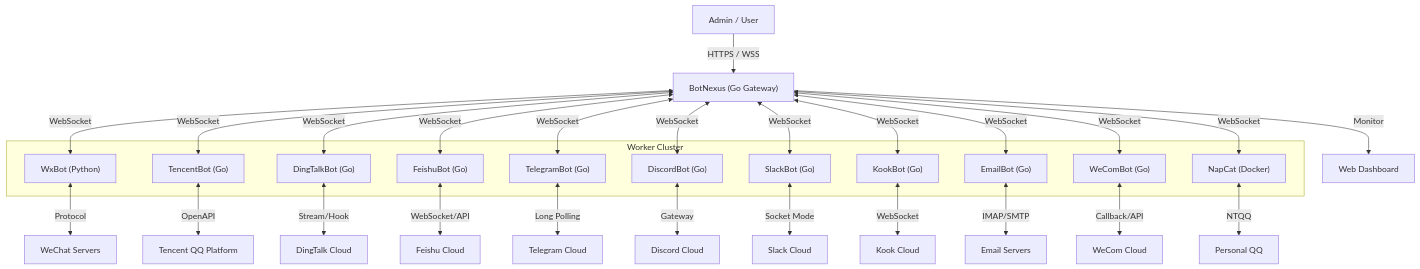
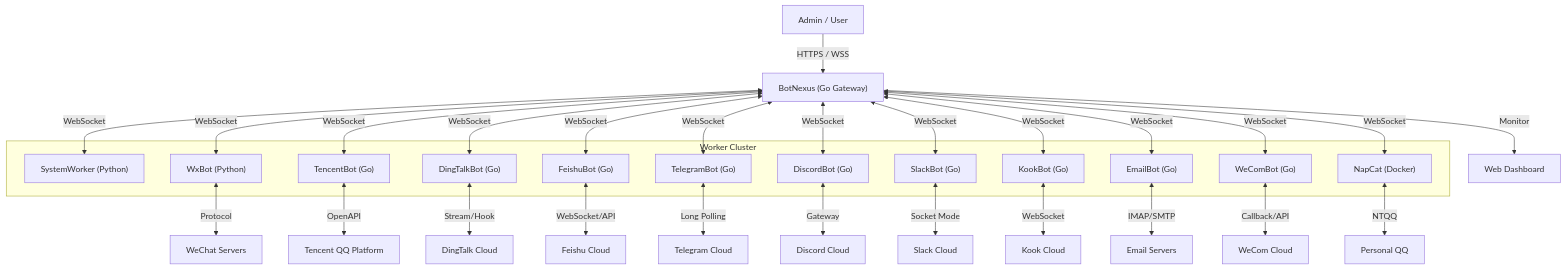
One commit to changliaotong/BotMatrix changed the diagram in README.md. Above: the diagram before and after it, drawn with Mermaid. The commit also changed other lines of this file and 1 other file, not shown here.

Commit message:
docs(system): Polish SystemWorker documentation and update main README

````diff
--- a/README.md
+++ b/README.md
@@ -65,43 +66,45 @@
 ```mermaid
 graph TD
     User["Admin / User"] -->|HTTPS / WSS| Nexus["BotNexus (Go Gateway)"]
     Nexus -->|Monitor| Dashboard["Web Dashboard"]
     
     subgraph "Worker Cluster"
+        SystemWorker["SystemWorker (Python)"]
         WxBot["WxBot (Python)"]
         TencentBot["TencentBot (Go)"]
         DingTalkBot["DingTalkBot (Go)"]
         FeishuBot["FeishuBot (Go)"]
         TelegramBot["TelegramBot (Go)"]
         DiscordBot["DiscordBot (Go)"]
         SlackBot["SlackBot (Go)"]
         KookBot["KookBot (Go)"]
         EmailBot["EmailBot (Go)"]
         WeComBot["WeComBot (Go)"]
         NapCat["NapCat (Docker)"]
     end
     
+    Nexus <-->|WebSocket| SystemWorker
     Nexus <-->|WebSocket| WxBot
     Nexus <-->|WebSocket| TencentBot
     Nexus <-->|WebSocket| DingTalkBot
     Nexus <-->|WebSocket| FeishuBot
     Nexus <-->|WebSocket| TelegramBot
     Nexus <-->|WebSocket| DiscordBot
     Nexus <-->|WebSocket| SlackBot
     Nexus <-->|WebSocket| KookBot
     Nexus <-->|WebSocket| EmailBot
     Nexus <-->|WebSocket| WeComBot
     Nexus <-->|WebSocket| NapCat
     
     WxBot <-->|Protocol| WeChat["WeChat Servers"]
     TencentBot <-->|OpenAPI| QQ["Tencent QQ Platform"]
     NapCat <-->|NTQQ| PersonalQQ["Personal QQ"]
     DingTalkBot <-->|Stream/Hook| DingTalk["DingTalk Cloud"]
     FeishuBot <-->|WebSocket/API| Feishu["Feishu Cloud"]
     TelegramBot <-->|Long Polling| Telegram["Telegram Cloud"]
     DiscordBot <-->|Gateway| Discord["Discord Cloud"]
     SlackBot <-->|Socket Mode| Slack["Slack Cloud"]
     KookBot <-->|WebSocket| Kook["Kook Cloud"]
     EmailBot <-->|IMAP/SMTP| Email["Email Servers"]
     WeComBot <-->|Callback/API| WeCom["WeCom Cloud"]
 ```
````
